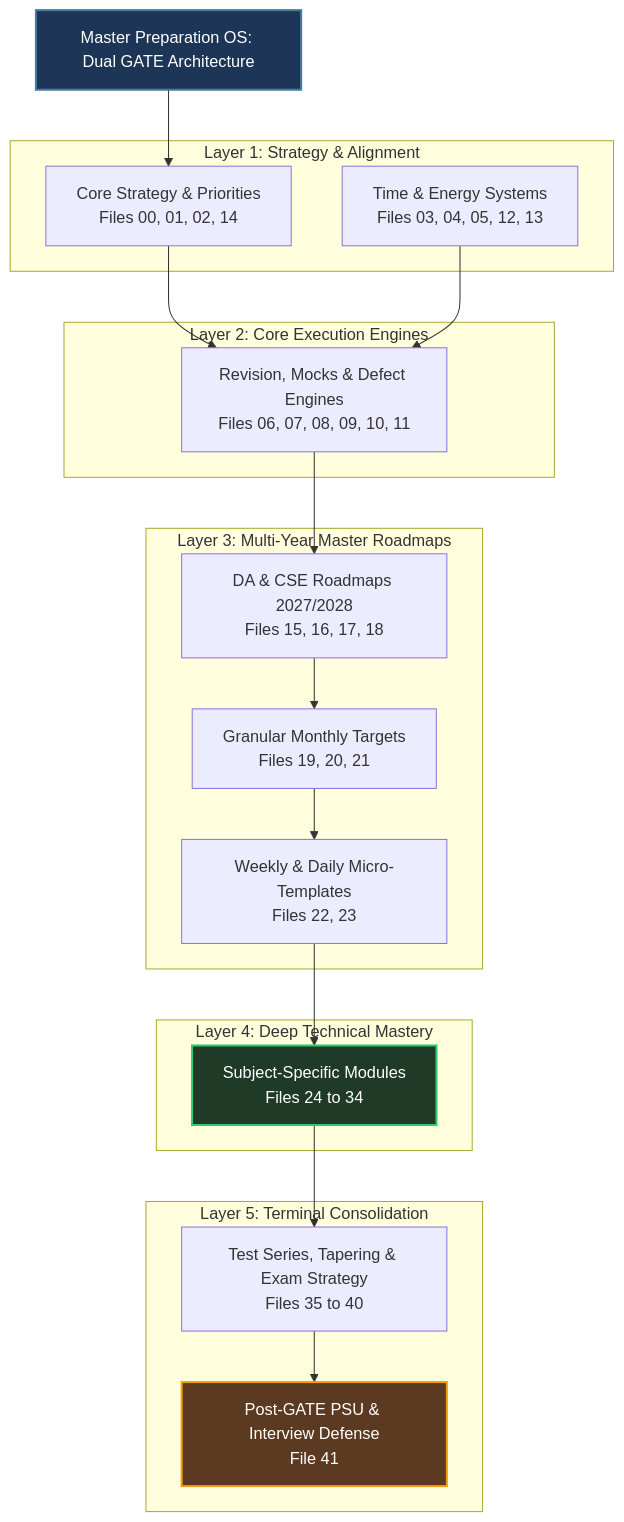
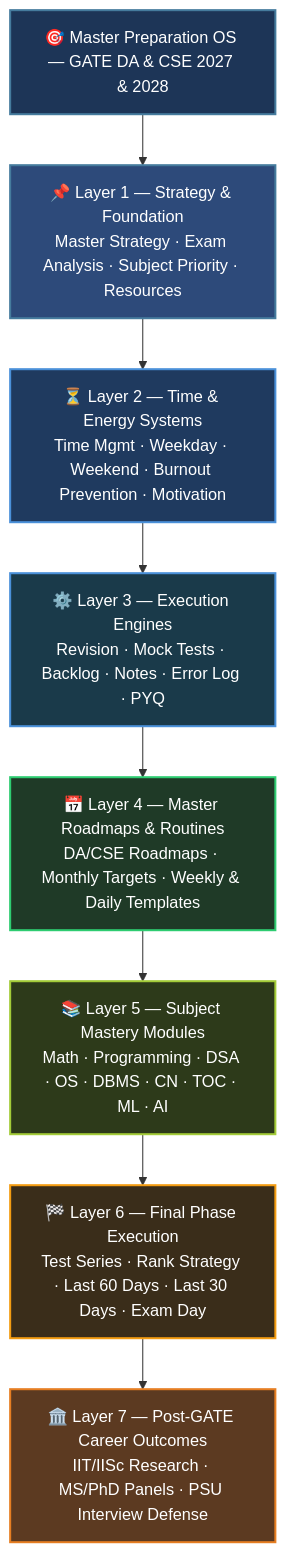
One commit to imran-nazir0011/gate-study-os changed the diagram in README.md. Above: the diagram before and after it, drawn with Mermaid.

Commit message:
Replace subgraph diagram with pure 7-node vertical chain for clean narrow rendering on all screen sizes

````diff
--- a/README.md
+++ b/README.md
@@ -17,42 +17,22 @@
 ```mermaid
 graph TD
-    Root[Master Preparation OS: Dual GATE Architecture]
-    
-    subgraph Layer 1: Strategy & Alignment
-        Strat[Core Strategy & Priorities<br>Files 00, 01, 02, 14]
-        Time[Time & Energy Systems<br>Files 03, 04, 05, 12, 13]
-    end
+    A["🎯 Master Preparation OS — GATE DA & CSE 2027 & 2028"]
+    B["📌 Layer 1 — Strategy & Foundation<br/>Master Strategy · Exam Analysis · Subject Priority · Resources"]
+    C["⏳ Layer 2 — Time & Energy Systems<br/>Time Mgmt · Weekday · Weekend · Burnout Prevention · Motivation"]
+    D["⚙️ Layer 3 — Execution Engines<br/>Revision · Mock Tests · Backlog · Notes · Error Log · PYQ"]
+    E["📅 Layer 4 — Master Roadmaps & Routines<br/>DA/CSE Roadmaps · Monthly Targets · Weekly & Daily Templates"]
+    F["📚 Layer 5 — Subject Mastery Modules<br/>Math · Programming · DSA · OS · DBMS · CN · TOC · ML · AI"]
+    G["🏁 Layer 6 — Final Phase Execution<br/>Test Series · Rank Strategy · Last 60 Days · Last 30 Days · Exam Day"]
+    H["🏛️ Layer 7 — Post-GATE Career Outcomes<br/>IIT/IISc Research · MS/PhD Panels · PSU Interview Defense"]
 
-    subgraph Layer 2: Core Execution Engines
-        Engines[Revision, Mocks & Defect Engines<br>Files 06, 07, 08, 09, 10, 11]
-    end
+    A --> B --> C --> D --> E --> F --> G --> H
 
-    subgraph Layer 3: Multi-Year Master Roadmaps
-        Roadmaps[DA & CSE Roadmaps 2027/2028<br>Files 15, 16, 17, 18]
-        Targets[Granular Monthly Targets<br>Files 19, 20, 21]
-        Routines[Weekly & Daily Micro-Templates<br>Files 22, 23]
-    end
-
-    subgraph Layer 4: Deep Technical Mastery
-        Subjects[Subject-Specific Modules<br>Files 24 to 34]
-    end
-
-    subgraph Layer 5: Terminal Consolidation
-        Final[Test Series, Tapering & Exam Strategy<br>Files 35 to 40]
-        Outcomes[Post-GATE PSU & Interview Defense<br>File 41]
-    end
-
-    Root --> Strat
-    Strat --> Engines
-    Time --> Engines
-    Engines --> Roadmaps
-    Roadmaps --> Targets
-    Targets --> Routines
-    Routines --> Subjects
-    Subjects --> Final
-    Final --> Outcomes
-
-    style Root fill:#1d3557,stroke:#457b9d,stroke-width:2px,color:#fff
-    style Subjects fill:#1f3a27,stroke:#2ecc71,stroke-width:2px,color:#fff
-    style Outcomes fill:#5c3a21,stroke:#f39c12,stroke-width:2px,color:#fff
+    style A fill:#1d3557,stroke:#457b9d,stroke-width:2px,color:#fff
+    style B fill:#2d4a7a,stroke:#457b9d,stroke-width:2px,color:#fff
+    style C fill:#1f3a5f,stroke:#4a90d9,stroke-width:2px,color:#fff
+    style D fill:#1a3a4a,stroke:#4a90d9,stroke-width:2px,color:#fff
+    style E fill:#1f3a27,stroke:#2ecc71,stroke-width:2px,color:#fff
+    style F fill:#2d3a1a,stroke:#a3cb38,stroke-width:2px,color:#fff
+    style G fill:#3a2d1a,stroke:#f39c12,stroke-width:2px,color:#fff
+    style H fill:#5c3a21,stroke:#e67e22,stroke-width:2px,color:#fff
 ```
````
